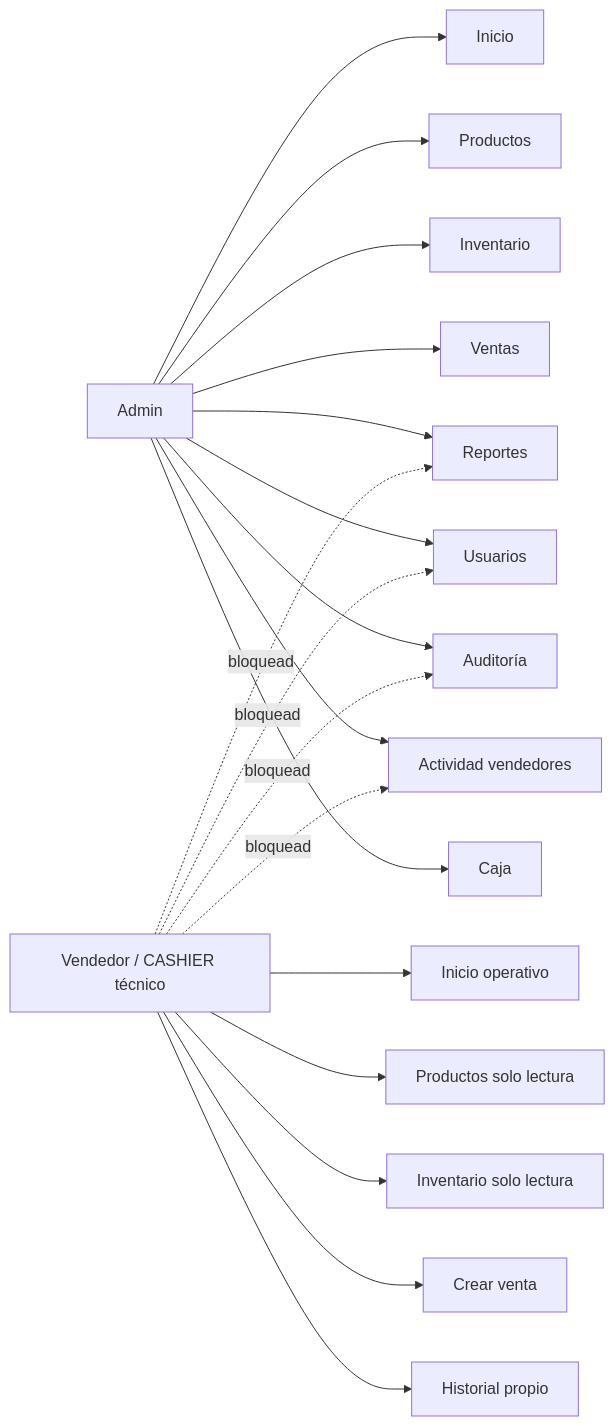
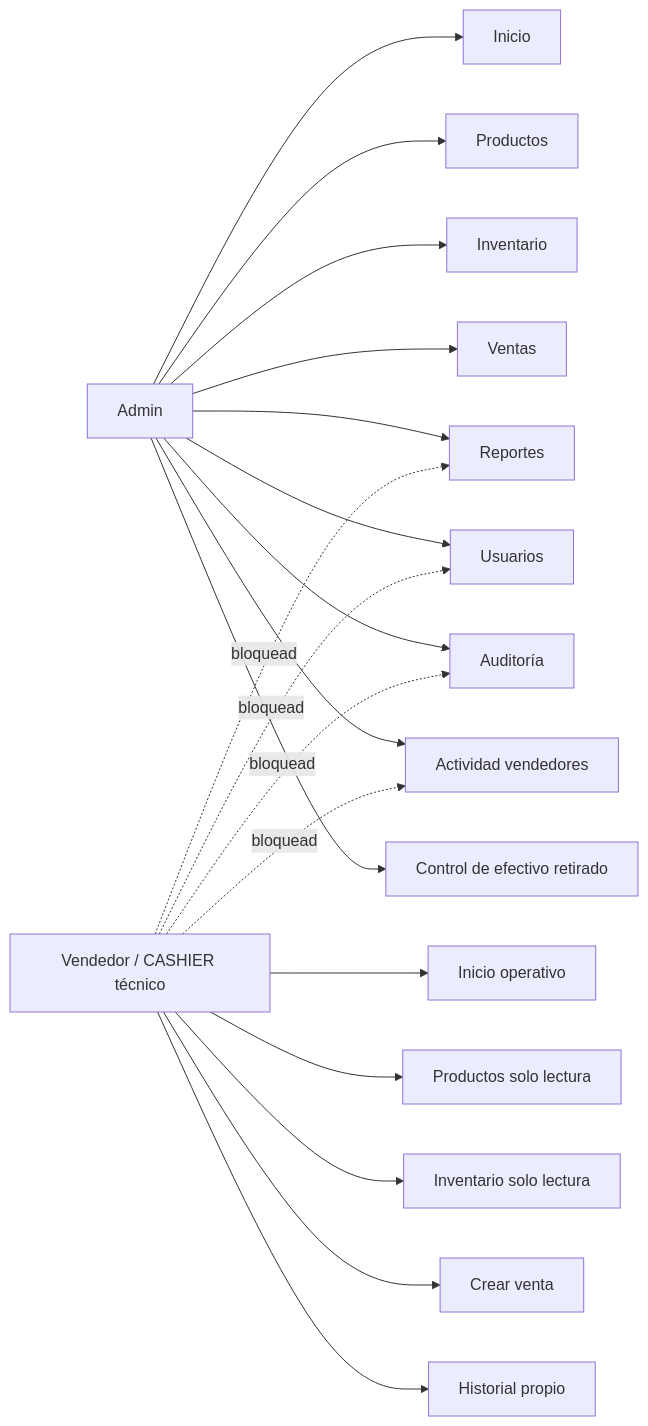
The second of 6 diagrams in docs/architecture/flow-diagrams.md (Angel-Reyna/Punto-Venta), drawn with Mermaid before and after one commit. The commit also changed other lines of this file and 28 other files, not shown here.

````diff
--- a/docs/architecture/flow-diagrams.md
+++ b/docs/architecture/flow-diagrams.md
@@ -46,23 +46,23 @@
 ```mermaid
 flowchart LR
   ADMIN[Admin] --> Dashboard[Inicio]
   ADMIN --> Products[Productos]
   ADMIN --> Inventory[Inventario]
   ADMIN --> Sales[Ventas]
   ADMIN --> Reports[Reportes]
   ADMIN --> Users[Usuarios]
   ADMIN --> Audit[Auditoría]
   ADMIN --> SellerActivity[Actividad vendedores]
-  ADMIN --> Cash[Caja]
+  ADMIN --> Cash[Control de efectivo retirado]
 
   SELLER[Vendedor / CASHIER técnico] --> DashboardSeller[Inicio operativo]
   SELLER --> ProductsRead[Productos solo lectura]
   SELLER --> InventoryRead[Inventario solo lectura]
   SELLER --> SalesCreate[Crear venta]
   SELLER --> OwnSales[Historial propio]
 
   SELLER -.bloqueado.-> Reports
   SELLER -.bloqueado.-> Users
   SELLER -.bloqueado.-> Audit
   SELLER -.bloqueado.-> SellerActivity
 ```
````
